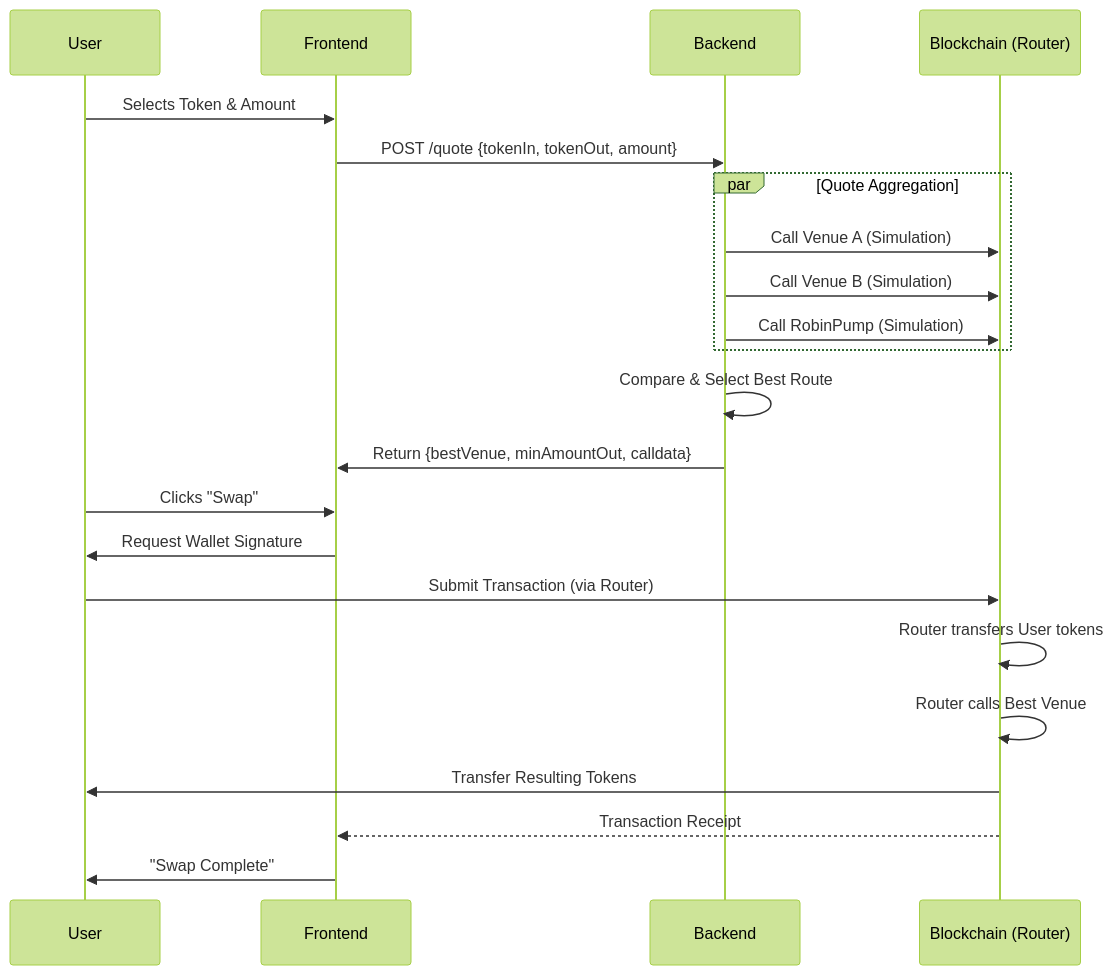
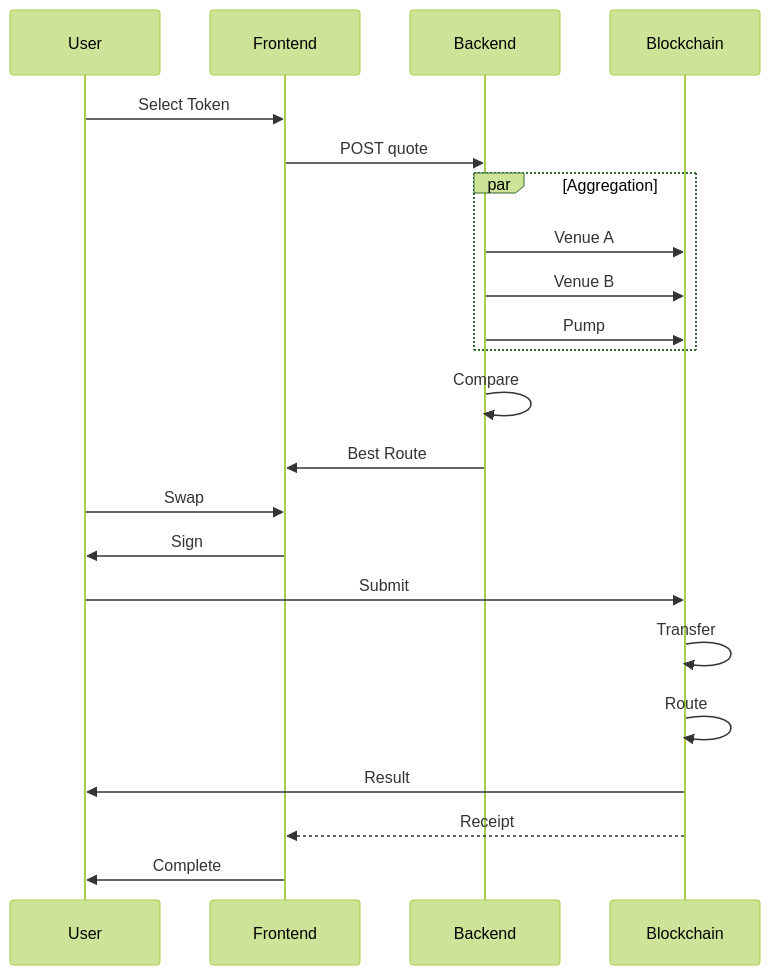
The second of 2 diagrams in ARCHITECTURE.md (MasteraSnackin/BaseFlow-Router), drawn with Mermaid (forest theme) before and after one commit. The commit also changed other lines of this file, not shown here.

````diff
--- a/ARCHITECTURE.md
+++ b/ARCHITECTURE.md
@@ -83,29 +88,29 @@
 ```mermaid
 sequenceDiagram
     participant U as User
     participant FE as Frontend
     participant BE as Backend
-    participant BC as Blockchain (Router)
+    participant BC as Blockchain
+
+    U->>FE: Select Token
+    FE->>BE: POST quote
     
-    U->>FE: Selects Token & Amount
-    FE->>BE: POST /quote {tokenIn, tokenOut, amount}
-    
-    par Quote Aggregation
-        BE->>BC: Call Venue A (Simulation)
-        BE->>BC: Call Venue B (Simulation)
-        BE->>BC: Call RobinPump (Simulation)
+    par Aggregation
+        BE->>BC: Venue A
+        BE->>BC: Venue B
+        BE->>BC: Pump
     end
     
-    BE->>BE: Compare & Select Best Route
-    BE->>FE: Return {bestVenue, minAmountOut, calldata}
+    BE->>BE: Compare
+    BE->>FE: Best Route
     
-    U->>FE: Clicks "Swap"
-    FE->>U: Request Wallet Signature
-    U->>BC: Submit Transaction (via Router)
+    U->>FE: Swap
+    FE->>U: Sign
+    U->>BC: Submit
     
-    BC->>BC: Router transfers User tokens
-    BC->>BC: Router calls Best Venue
-    BC->>U: Transfer Resulting Tokens
-    BC-->>FE: Transaction Receipt
-    FE->>U: "Swap Complete"
+    BC->>BC: Transfer
+    BC->>BC: Route
+    BC->>U: Result
+    BC-->>FE: Receipt
+    FE->>U: Complete
 ```
````
